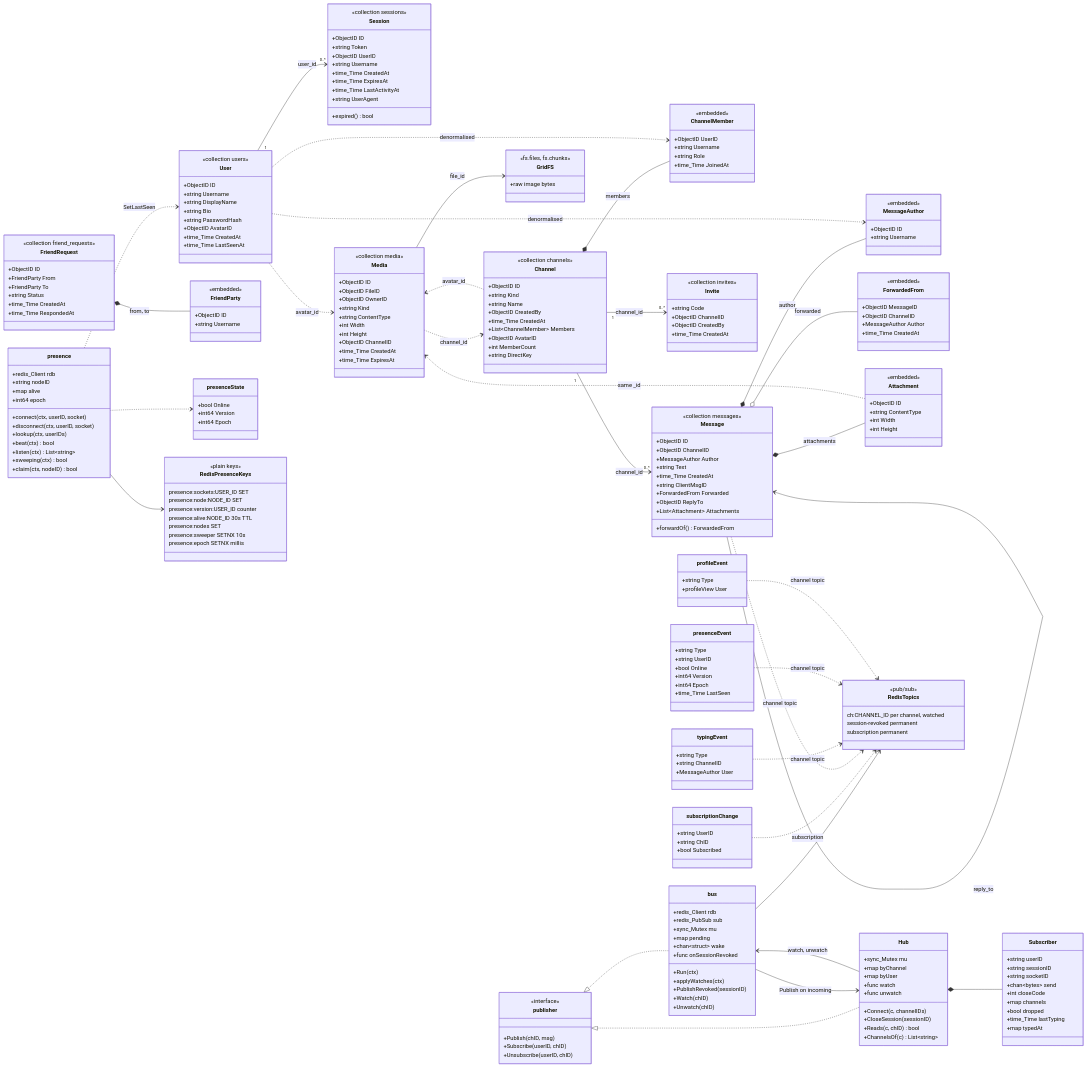
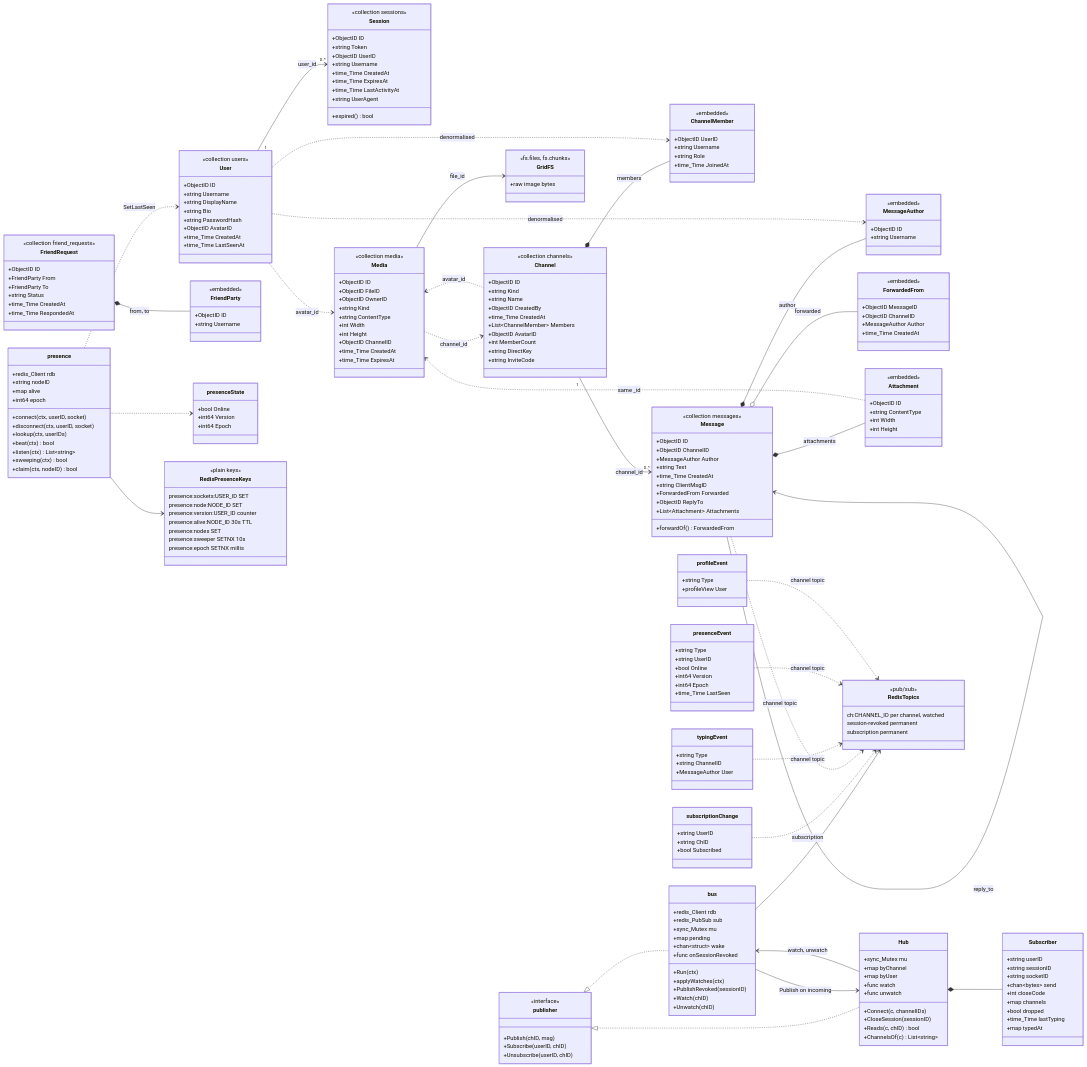
The diagram in docs/diagrams/data-model.mmd (hdmtrn/nosql-messenger), drawn with Mermaid before and after one commit. The commit also changed 21 other files, not shown here.

```diff
--- a/docs/diagrams/data-model.mmd
+++ b/docs/diagrams/data-model.mmd
@@ -3,7 +3,7 @@
 %% Key and index detail is in the README tables. Placeholders such as
 %% ch:CHANNEL_ID stand for ch:{channelID} — Mermaid rejects braces in a member.
 %% Sources: server/users.go, sessions.go, channels.go, messages.go, friends.go,
-%% invites.go, media.go, hub.go, bus.go, presence.go, typing.go, users_http.go
+%% media.go, hub.go, bus.go, presence.go, typing.go, users_http.go
 classDiagram
   direction LR
 
@@ -43,6 +43,7 @@
     +ObjectID AvatarID
     +int MemberCount
     +string DirectKey
+    +string InviteCode
   }
 
   class ChannelMember {
@@ -124,18 +125,9 @@
     +string Username
   }
 
-  class Invite {
-    <<collection invites>>
-    +string Code
-    +ObjectID ChannelID
-    +ObjectID CreatedBy
-    +time_Time CreatedAt
-  }
-
   User "1" --> "0..*" Session : user_id
   Channel *-- ChannelMember : members
   Channel "1" --> "0..*" Message : channel_id
-  Channel "1" --> "0..*" Invite : channel_id
   Message *-- MessageAuthor : author
   Message o-- ForwardedFrom : forwarded
   Message *-- Attachment : attachments
```
